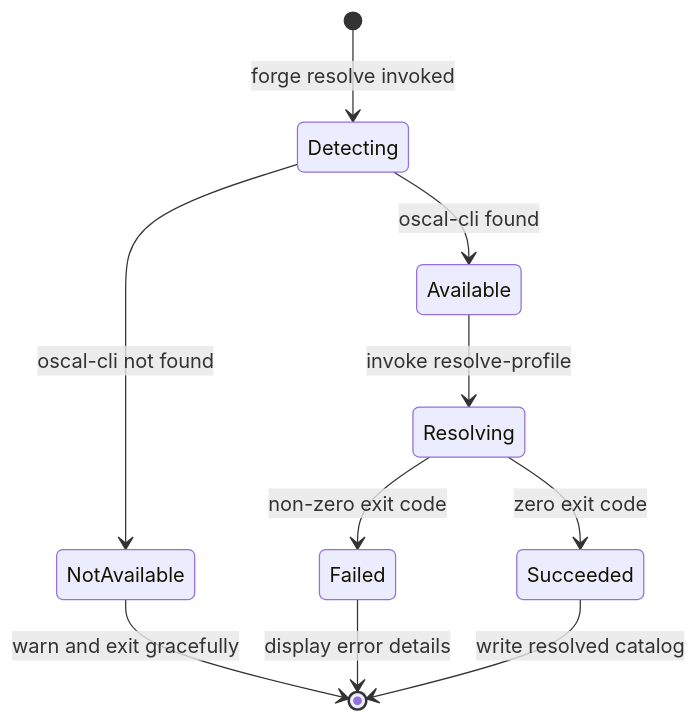
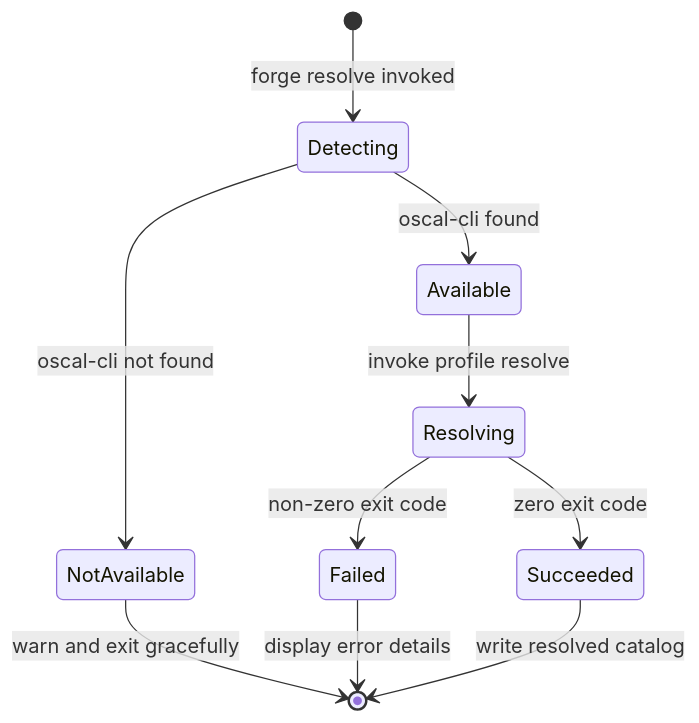
Before and after one commit to policy-forge/forge: the second of 4 diagrams in docs/PRD/036-prd-oscal-cli-profile-resolution.md, drawn with Mermaid. The commit also changed other lines of this file and 18 other files, not shown here.

````diff
--- a/docs/PRD/036-prd-oscal-cli-profile-resolution.md
+++ b/docs/PRD/036-prd-oscal-cli-profile-resolution.md
@@ -205,12 +205,12 @@
 ```mermaid
 stateDiagram-v2
     [*] --> Detecting: forge resolve invoked
     Detecting --> NotAvailable: oscal-cli not found
     Detecting --> Available: oscal-cli found
     NotAvailable --> [*]: warn and exit gracefully
-    Available --> Resolving: invoke resolve-profile
+    Available --> Resolving: invoke profile resolve
     Resolving --> Failed: non-zero exit code
     Resolving --> Succeeded: zero exit code
     Failed --> [*]: display error details
     Succeeded --> [*]: write resolved catalog
 ```
````
